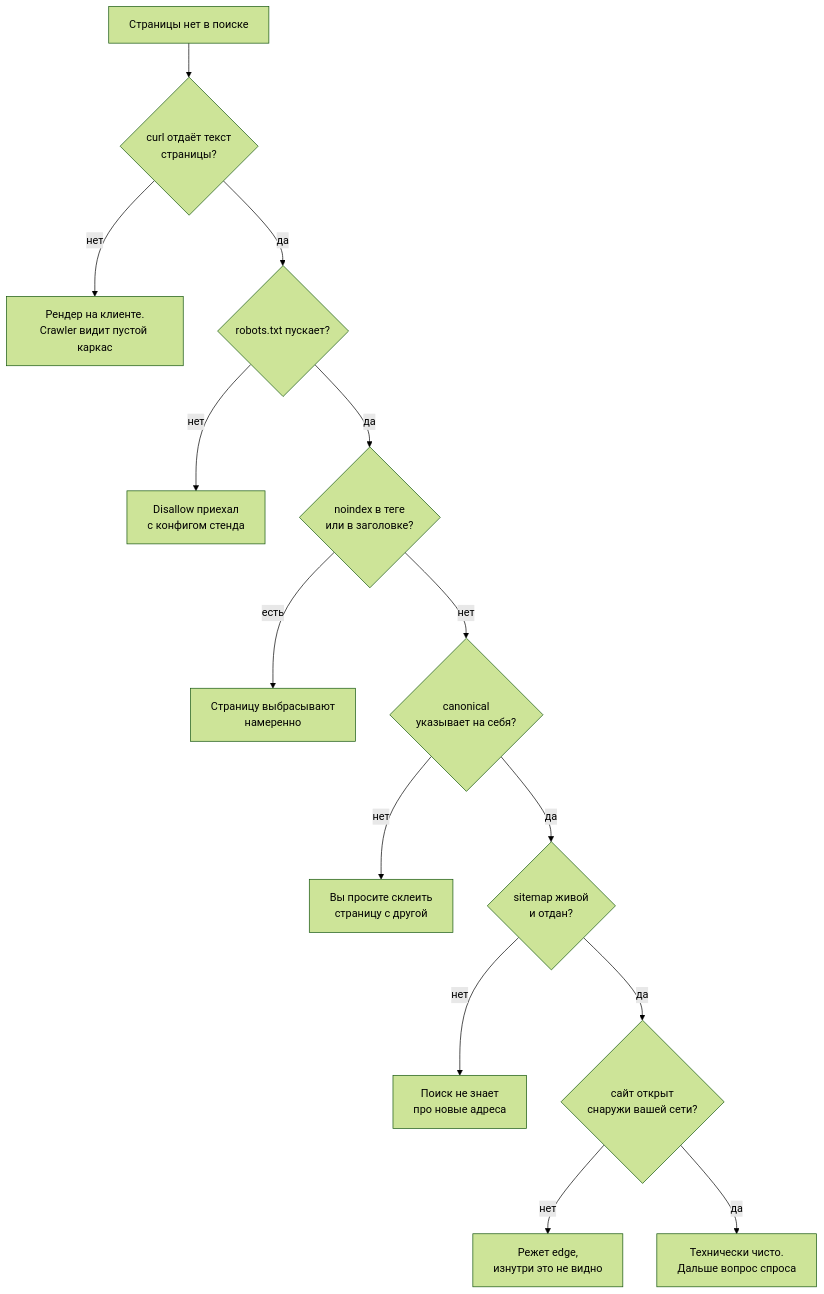
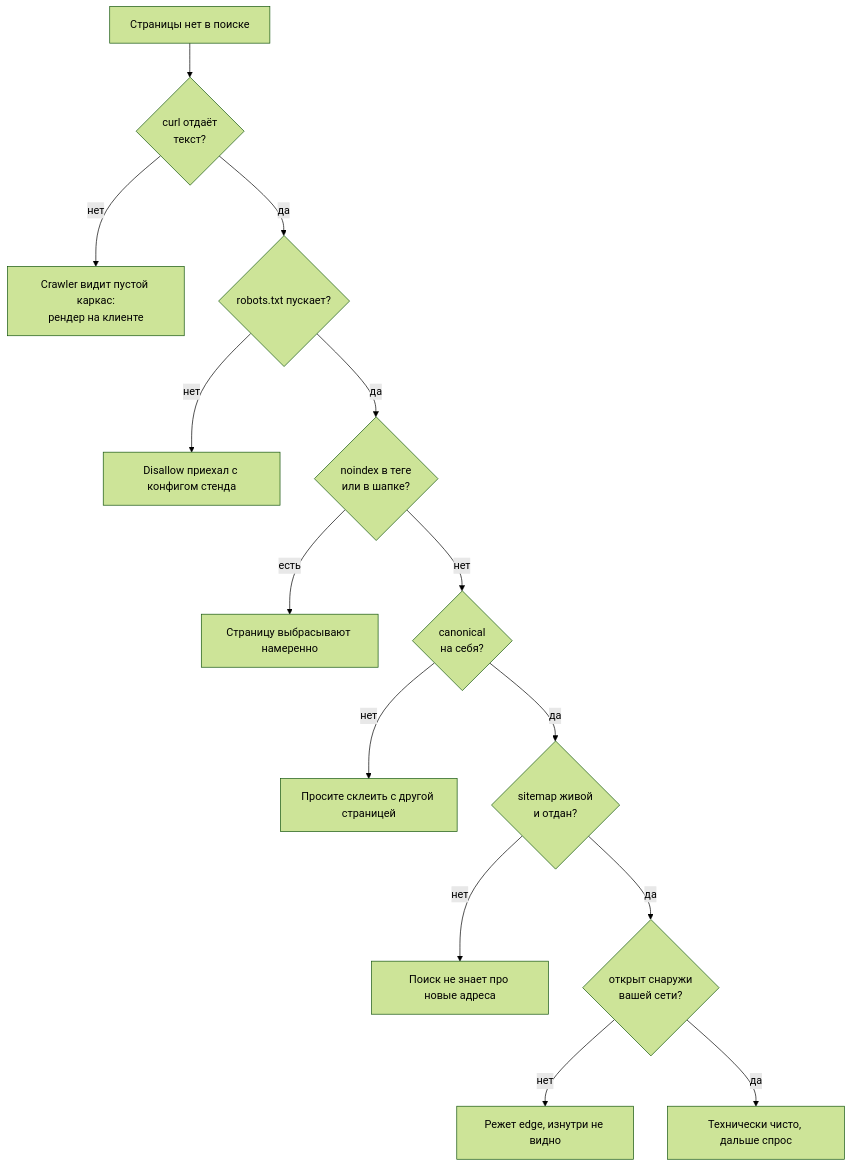
The diagram in src/content/docs/ru/indexing/why-google-does-not-see-you.md (Smolevich/pet-project-atlas), drawn with Mermaid (forest theme) before and after one commit. The commit also changed 5 other files, not shown here.

First line of the commit message:
fix(mermaid): подписи не влезали в фигуры и обрезались

````diff
--- a/src/content/docs/ru/indexing/why-google-does-not-see-you.md
+++ b/src/content/docs/ru/indexing/why-google-does-not-see-you.md
@@ -27,16 +27,16 @@
 ```mermaid
 flowchart TD
-  A["Страницы нет в поиске"] --> B{"curl отдаёт текст<br/>страницы?"}
-  B -->|"нет"| B1["Рендер на клиенте.<br/>Crawler видит пустой каркас"]
+  A["Страницы нет в поиске"] --> B{"curl отдаёт<br/>текст?"}
+  B -->|"нет"| B1["Crawler видит пустой каркас:<br/>рендер на клиенте"]
   B -->|"да"| C{"robots.txt пускает?"}
-  C -->|"нет"| C1["Disallow приехал<br/>с конфигом стенда"]
-  C -->|"да"| D{"noindex в теге<br/>или в заголовке?"}
-  D -->|"есть"| D1["Страницу выбрасывают<br/>намеренно"]
-  D -->|"нет"| E{"canonical<br/>указывает на себя?"}
-  E -->|"нет"| E1["Вы просите склеить<br/>страницу с другой"]
+  C -->|"нет"| C1["Disallow приехал с конфигом стенда"]
+  C -->|"да"| D{"noindex в теге<br/>или в шапке?"}
+  D -->|"есть"| D1["Страницу выбрасывают намеренно"]
+  D -->|"нет"| E{"canonical<br/>на себя?"}
+  E -->|"нет"| E1["Просите склеить с другой страницей"]
   E -->|"да"| F{"sitemap живой<br/>и отдан?"}
-  F -->|"нет"| F1["Поиск не знает<br/>про новые адреса"]
-  F -->|"да"| G{"сайт открыт<br/>снаружи вашей сети?"}
-  G -->|"нет"| G1["Режет edge,<br/>изнутри это не видно"]
-  G -->|"да"| H["Технически чисто.<br/>Дальше вопрос спроса"]
+  F -->|"нет"| F1["Поиск не знает про новые адреса"]
+  F -->|"да"| G{"открыт снаружи<br/>вашей сети?"}
+  G -->|"нет"| G1["Режет edge, изнутри не видно"]
+  G -->|"да"| H["Технически чисто, дальше спрос"]
 ```
````
